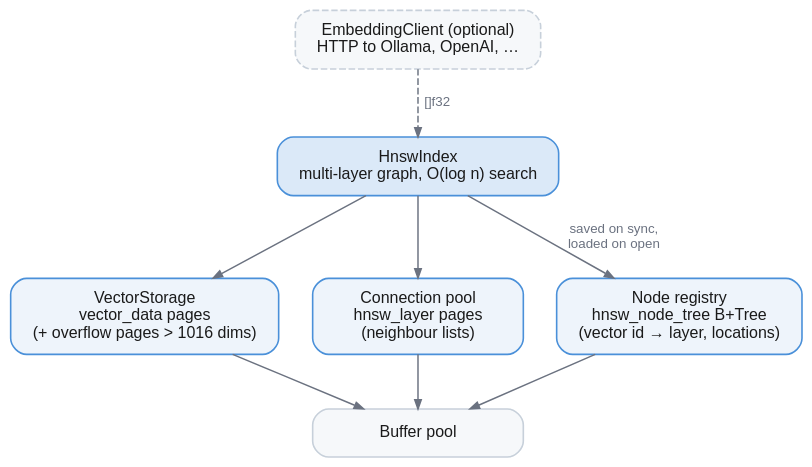
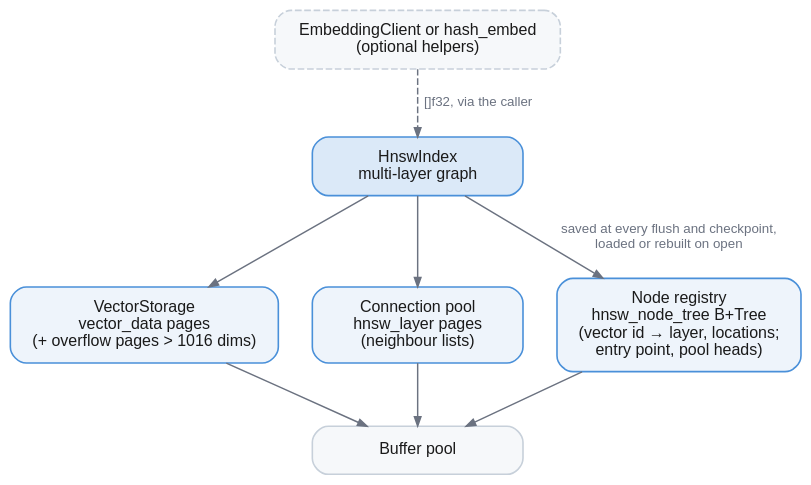
The diagram in book/diagrams/vector-search-stack.dot (jeffhajewski/latticedb), drawn with Graphviz before and after one commit. The commit also changed 1 other file, not shown here.

Commit message:
Show when the vector index's node map is saved, and drop the client arrow
The map is saved at every flush and checkpoint, not only on sync, and an
open rebuilds it from the vector pages when it fails its checks. The
embedding client hands vectors to the caller, never to the index, and
the built-in hash embedding sits beside it. The O(log n) label had no
basis in the code.

```diff
--- a/book/diagrams/vector-search-stack.dot
+++ b/book/diagrams/vector-search-stack.dot
@@ -1,31 +1,31 @@
-// The vector path: optional embedding client, HNSW index, and the three
+// The vector path: optional embedding helpers, HNSW index, and the three
 // page-backed structures the index persists into.
 digraph vector_search_stack {
   bgcolor="transparent"
   rankdir=TB
   nodesep=0.35
   ranksep=0.55
   fontname="Helvetica,Arial,sans-serif"
   node [shape=box style="filled,rounded" fillcolor="#eef4fb" color="#4a90d9"
         penwidth=1.2 fontname="Helvetica,Arial,sans-serif" fontsize=12
         fontcolor="#1a1a1a" margin="0.24,0.13" width=2.2]
   edge [color="#6b7280" penwidth=1.1 arrowsize=0.7
         fontname="Helvetica,Arial,sans-serif" fontsize=10 fontcolor="#6b7280"]
 
-  embed [label="EmbeddingClient (optional)\nHTTP to Ollama, OpenAI, …"
+  embed [label="EmbeddingClient or hash_embed\n(optional helpers)"
          fillcolor="#f6f8fa" color="#c7d0da" style="filled,rounded,dashed"]
-  hnsw  [label="HnswIndex\nmulti-layer graph, O(log n) search" fillcolor="#dbe9f8"]
+  hnsw  [label="HnswIndex\nmulti-layer graph" fillcolor="#dbe9f8"]
   store [label="VectorStorage\nvector_data pages\n(+ overflow pages > 1016 dims)"]
   pool  [label="Connection pool\nhnsw_layer pages\n(neighbour lists)"]
-  reg   [label="Node registry\nhnsw_node_tree B+Tree\n(vector id → layer, locations)"]
+  reg   [label="Node registry\nhnsw_node_tree B+Tree\n(vector id → layer, locations;\nentry point, pool heads)"]
   bp    [label="Buffer pool" fillcolor="#f6f8fa" color="#c7d0da"]
 
-  embed -> hnsw  [label="  []f32" style=dashed]
+  embed -> hnsw  [label="  []f32, via the caller" style=dashed]
   hnsw  -> store
   hnsw  -> pool
-  hnsw  -> reg   [label="  saved on sync,\n  loaded on open"]
+  hnsw  -> reg   [label="  saved at every flush and checkpoint,\n  loaded or rebuilt on open"]
   { rank=same; store; pool; reg }
   store -> bp
   pool  -> bp
   reg   -> bp
 }
```
